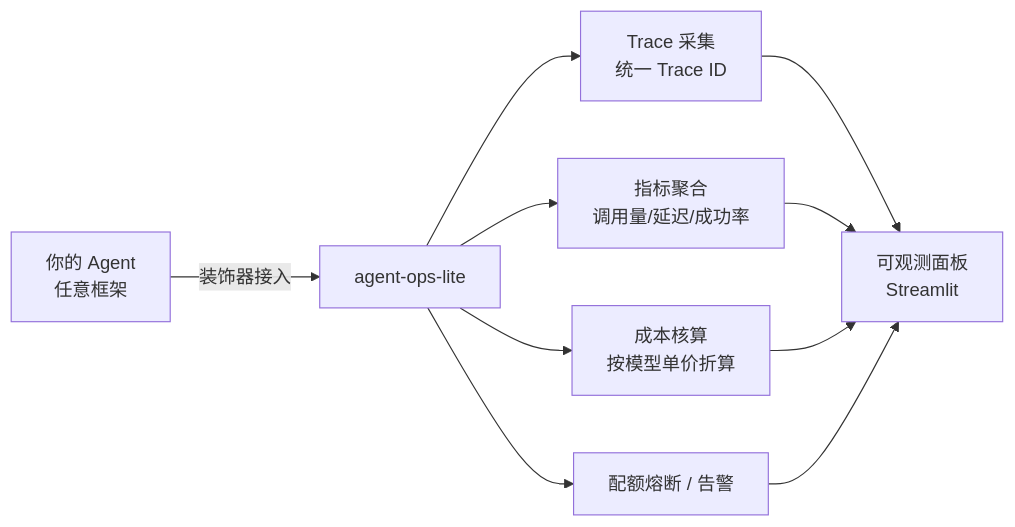
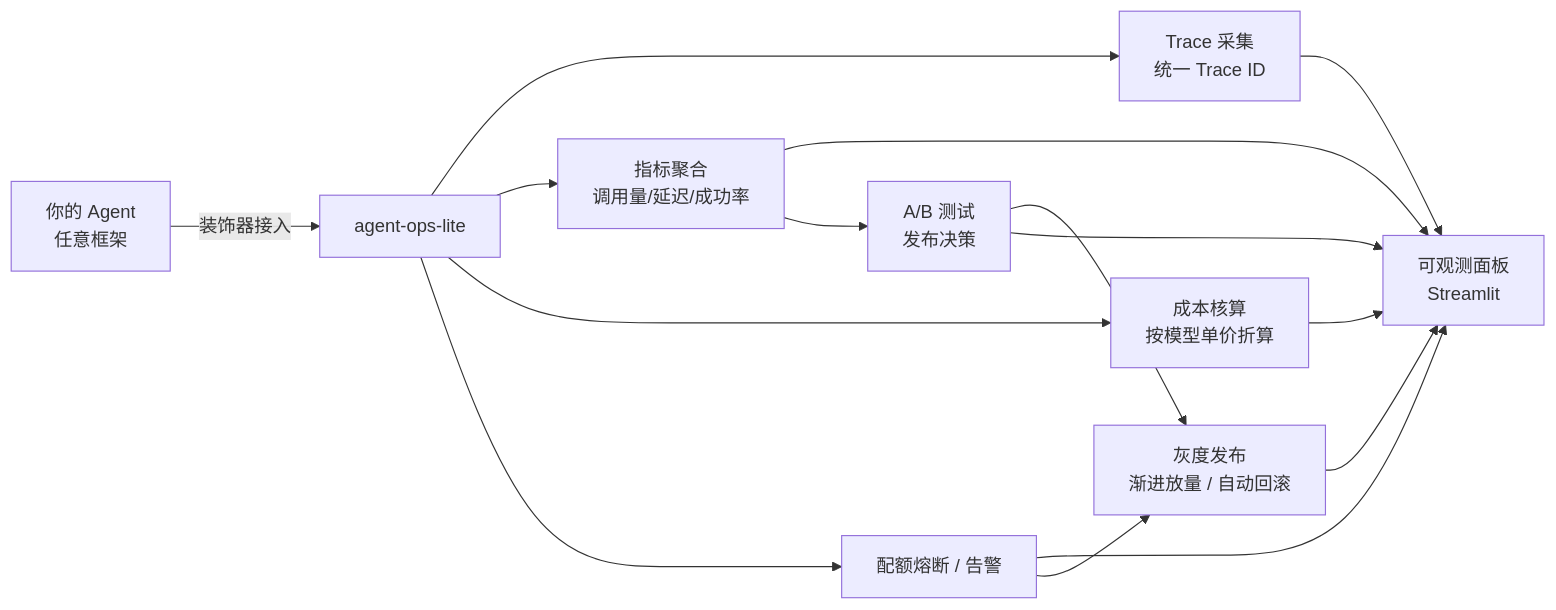
The diagram in README.md (MWCIC111/agent-ops-lite), drawn with Mermaid before and after one commit.

Commit message:
docs: README 架构图补充 A/B 决策与灰度发布闭环

````diff
--- a/README.md
+++ b/README.md
@@ -58,12 +58,17 @@
 ```mermaid
 flowchart LR
     A[你的 Agent<br/>任意框架] -->|装饰器接入| B[agent-ops-lite]
     B --> C[Trace 采集<br/>统一 Trace ID]
     B --> D[指标聚合<br/>调用量/延迟/成功率]
     B --> E[成本核算<br/>按模型单价折算]
     B --> F[配额熔断 / 告警]
     C --> G[可观测面板<br/>Streamlit]
     D --> G
     E --> G
     F --> G
+    D --> H[A/B 测试<br/>发布决策]
+    H --> I[灰度发布<br/>渐进放量 / 自动回滚]
+    F --> I
+    H --> G
+    I --> G
 ```
````
